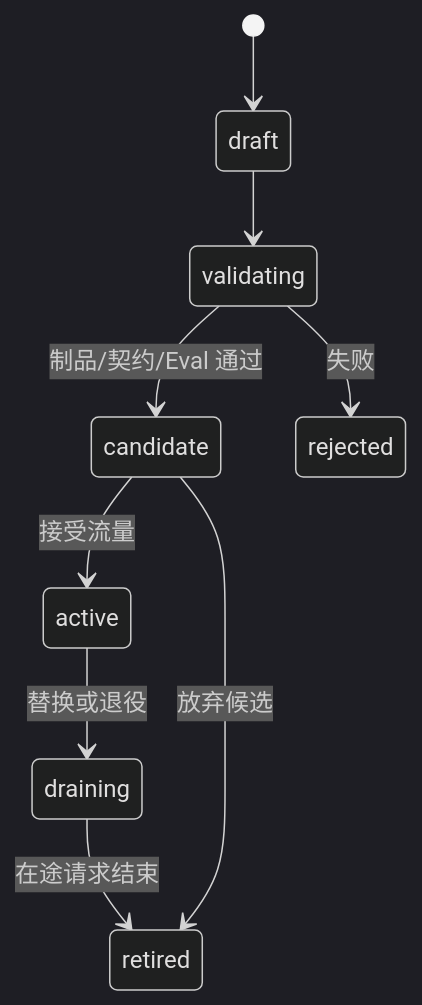
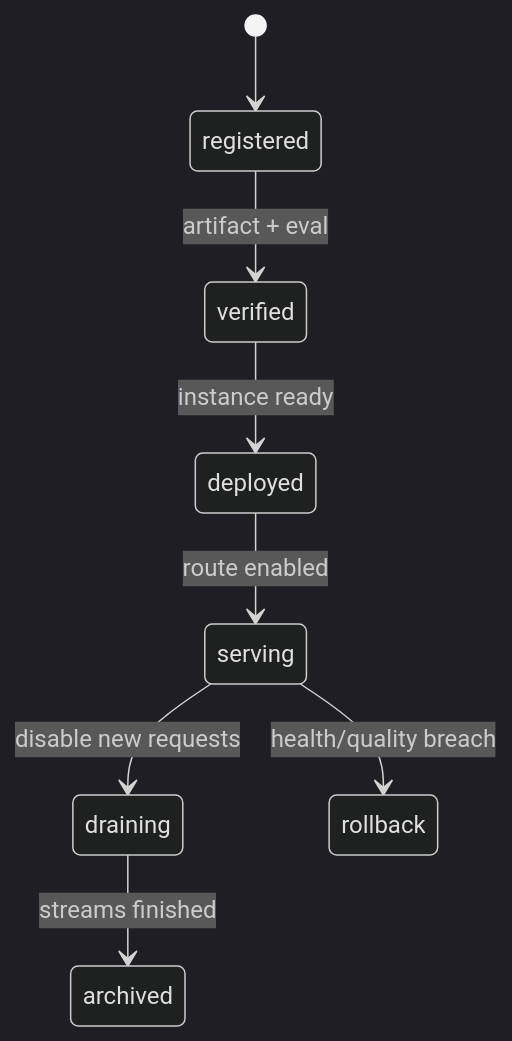
The diagram in docs/devops/multi-model-platform.md (upJiang/jiang-blog-vitepress), drawn with Mermaid (dark theme) before and after one commit. The commit also changed other lines of this file and 190 other files, not shown here.

````diff
--- a/docs/devops/multi-model-platform.md
+++ b/docs/devops/multi-model-platform.md
@@ -50,11 +43,10 @@
 ```mermaid
 stateDiagram-v2
-  [*] --> draft
-  draft --> validating
-  validating --> candidate: 制品/契约/Eval 通过
-  validating --> rejected: 失败
-  candidate --> active: 接受流量
-  active --> draining: 替换或退役
-  draining --> retired: 在途请求结束
-  candidate --> retired: 放弃候选
+  [*] --> registered
+  registered --> verified: artifact + eval
+  verified --> deployed: instance ready
+  deployed --> serving: route enabled
+  serving --> draining: disable new requests
+  draining --> archived: streams finished
+  serving --> rollback: health/quality breach
 ```
````
